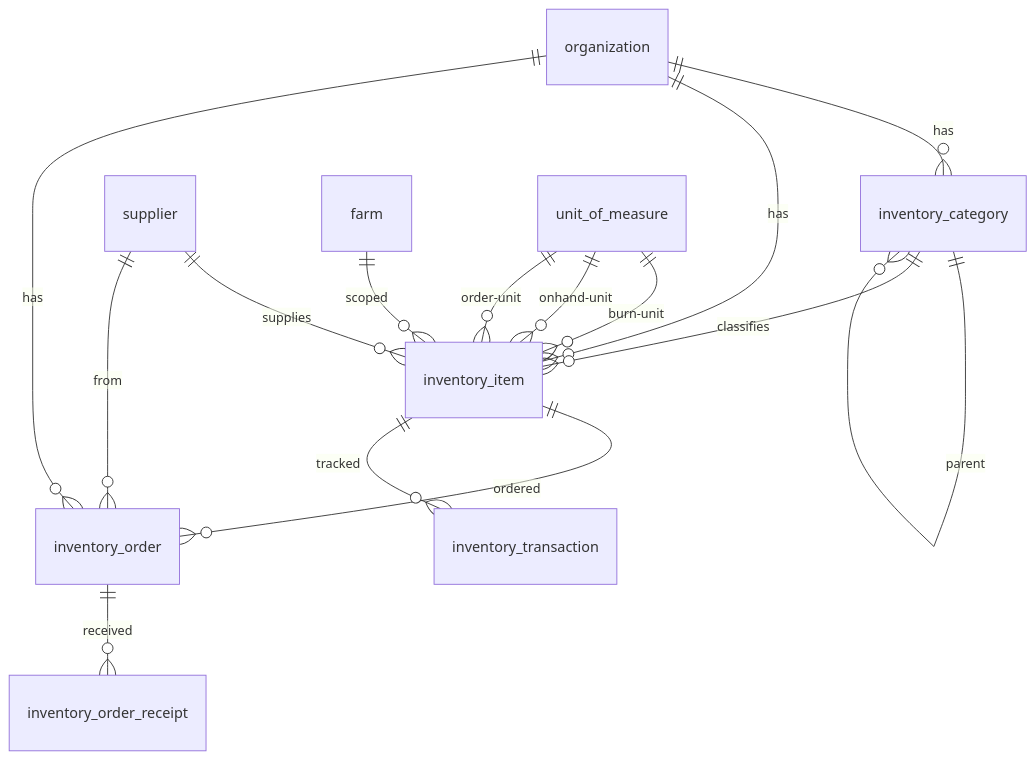
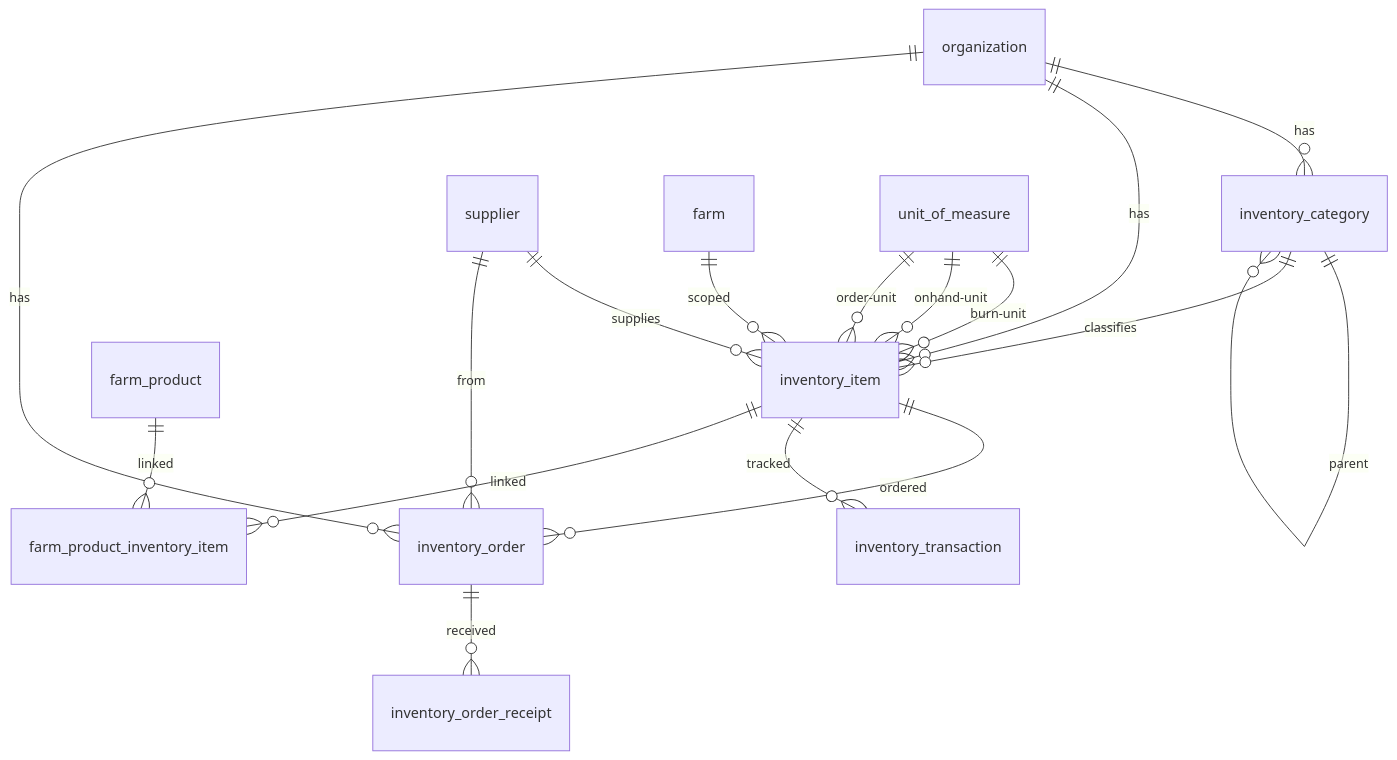
The diagram in docs/schemas/inventory.md (Hawaii-Farming/aloha-app), drawn with Mermaid before and after one commit. The commit also changed other lines of this file and 3 other files, not shown here.

````diff
--- a/docs/schemas/inventory.md
+++ b/docs/schemas/inventory.md
@@ -7,17 +7,19 @@
 ```mermaid
 erDiagram
     organization ||--o{ inventory_category : has
     inventory_category ||--o{ inventory_category : parent
     organization ||--o{ inventory_item : has
     inventory_category ||--o{ inventory_item : classifies
     supplier ||--o{ inventory_item : supplies
     farm ||--o{ inventory_item : scoped
     unit_of_measure ||--o{ inventory_item : burn-unit
     unit_of_measure ||--o{ inventory_item : onhand-unit
     unit_of_measure ||--o{ inventory_item : order-unit
     organization ||--o{ inventory_order : has
     inventory_item ||--o{ inventory_order : ordered
     supplier ||--o{ inventory_order : from
     inventory_order ||--o{ inventory_order_receipt : received
     inventory_item ||--o{ inventory_transaction : tracked
+    farm_product ||--o{ farm_product_inventory_item : linked
+    inventory_item ||--o{ farm_product_inventory_item : linked
 ```
````
